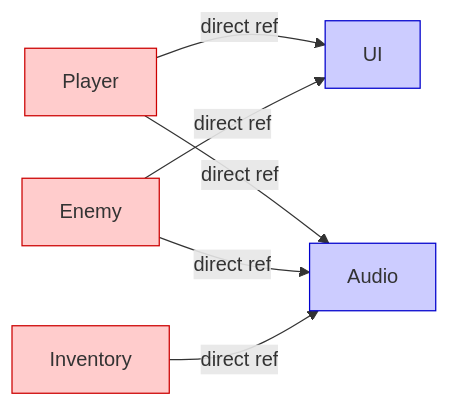
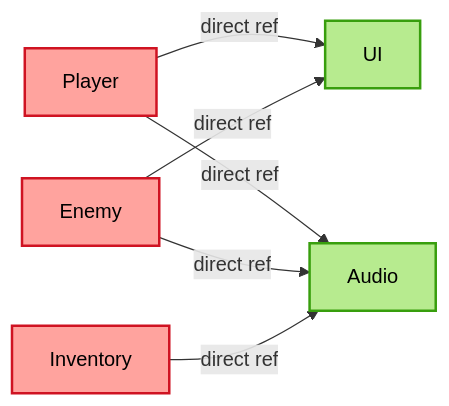
The first of 7 diagrams in Docs/VisualGuide.md (wallstop/DxMessaging), drawn with Mermaid before and after one commit. The commit also changed other lines of this file and 5 other files, not shown here.

First line of the commit message:
Mermaid diagram updates (#68)

````diff
--- a/Docs/VisualGuide.md
+++ b/Docs/VisualGuide.md
@@ -9,20 +9,20 @@
 ```mermaid
 graph LR
     Player[Player]
     Enemy[Enemy]
     Inventory[Inventory]
     UI[UI]
     Audio[Audio]
 
     Player -->|direct ref| UI
     Player -->|direct ref| Audio
     Enemy -->|direct ref| UI
     Enemy -->|direct ref| Audio
     Inventory -->|direct ref| Audio
 
-    style Player fill:#ffcccc,stroke:#cc0000
-    style Enemy fill:#ffcccc,stroke:#cc0000
-    style Inventory fill:#ffcccc,stroke:#cc0000
-    style UI fill:#ccccff,stroke:#0000cc
-    style Audio fill:#ccccff,stroke:#0000cc
+    style Player fill:#ffa39e,stroke:#cf1322,stroke-width:2px,color:#000
+    style Enemy fill:#ffa39e,stroke:#cf1322,stroke-width:2px,color:#000
+    style Inventory fill:#ffa39e,stroke:#cf1322,stroke-width:2px,color:#000
+    style UI fill:#b7eb8f,stroke:#389e0d,stroke-width:2px,color:#000
+    style Audio fill:#b7eb8f,stroke:#389e0d,stroke-width:2px,color:#000
 ```
````
